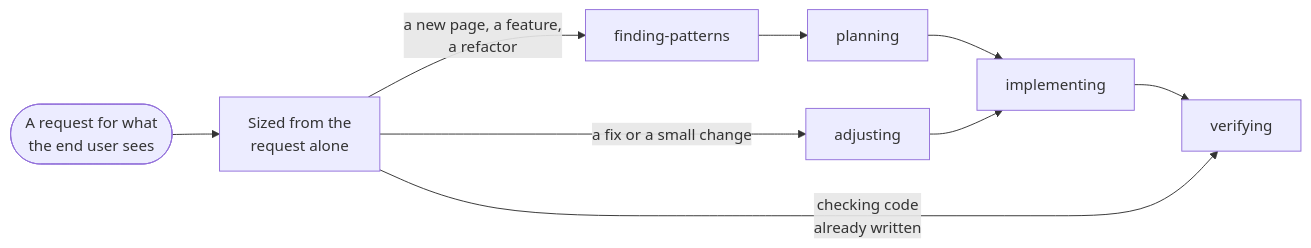
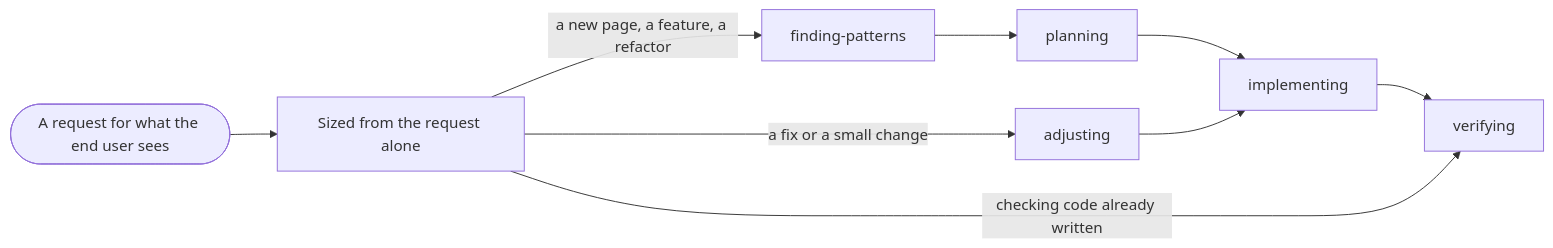
Before and after one commit to kamenkurtev/ui-consistency: the first of 7 diagrams in docs/how-it-works.md, drawn with Mermaid. The commit also changed other lines of this file, not shown here.

Commit message:
Let the diagrams' labels wrap on their own (#466)

````diff
--- a/docs/how-it-works.md
+++ b/docs/how-it-works.md
@@ -8,8 +8,8 @@
 ```mermaid
 flowchart LR
-  R(["A request for what<br>the end user sees"]) --> S["Sized from the<br>request alone"]
-  S -->|"a new page, a feature,<br>a refactor"| FP["finding-patterns"]
+  R(["A request for what the end user sees"]) --> S["Sized from the request alone"]
+  S -->|"a new page, a feature, a refactor"| FP["finding-patterns"]
   FP --> PL["planning"] --> IM["implementing"] --> VE["verifying"]
   S -->|"a fix or a small change"| AD["adjusting"] --> IM
-  S -->|"checking code<br>already written"| VE
+  S -->|"checking code already written"| VE
 ```
````
